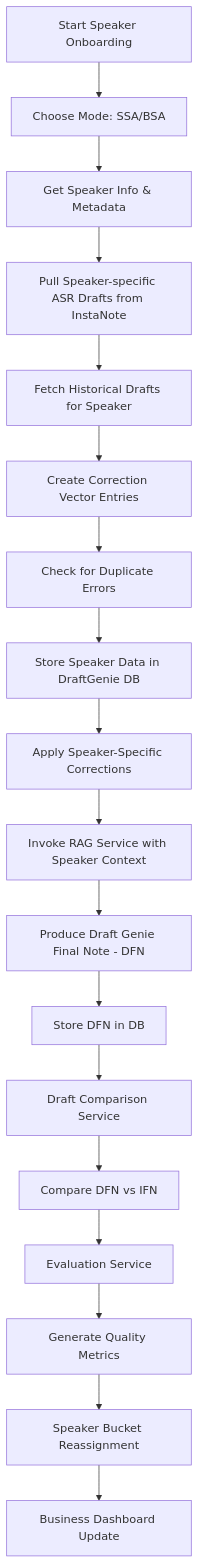
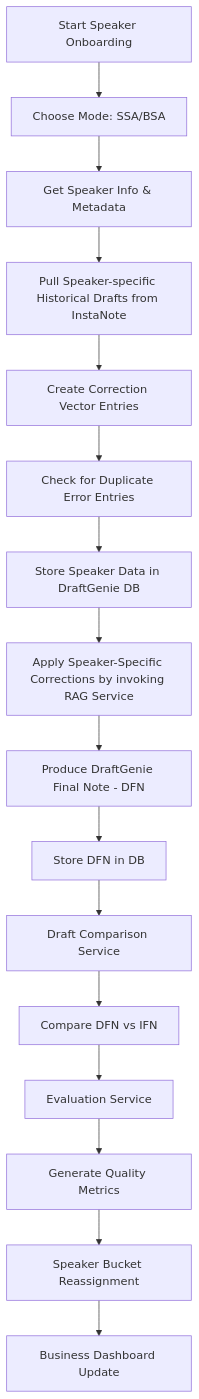
One commit to tan-res-space/draft-genie changed the first of 4 diagrams in docs/draft-genie-system-documentation.md. Above: the diagram before and after it, drawn with Mermaid. The commit also changed other lines of this file and 268 other files, not shown here.

First line of the commit message:
feat: initial codebase commit for Draft Genie system

````diff
--- a/docs/draft-genie-system-documentation.md
+++ b/docs/draft-genie-system-documentation.md
@@ -30,20 +53,18 @@
 ```mermaid
 flowchart TD
     A[Start Speaker Onboarding] --> B[Choose Mode: SSA/BSA]
     B --> C[Get Speaker Info & Metadata]
-    C --> D[Pull Speaker-specific ASR Drafts from InstaNote]
-    D --> E[Fetch Historical Drafts for Speaker]
-    E --> F[Create Correction Vector Entries]
-    F --> G[Check for Duplicate Errors]
+    C --> D[Pull Speaker-specific Historical Drafts from InstaNote]
+    D --> F[Create Correction Vector Entries]
+    F --> G[Check for Duplicate Error Entries]
     G --> H[Store Speaker Data in DraftGenie DB]
-    H --> I[Apply Speaker-Specific Corrections]
-    I --> J[Invoke RAG Service with Speaker Context]
-    J --> K[Produce Draft Genie Final Note - DFN]
+    H --> I[Apply Speaker-Specific Corrections by invoking RAG Service]
+    I --> K[Produce DraftGenie Final Note - DFN]
     K --> L[Store DFN in DB]
     L --> M[Draft Comparison Service]
     M --> N[Compare DFN vs IFN]
     N --> O[Evaluation Service]
     O --> P[Generate Quality Metrics]
     P --> Q[Speaker Bucket Reassignment]
     Q --> R[Business Dashboard Update]
 ```
````
